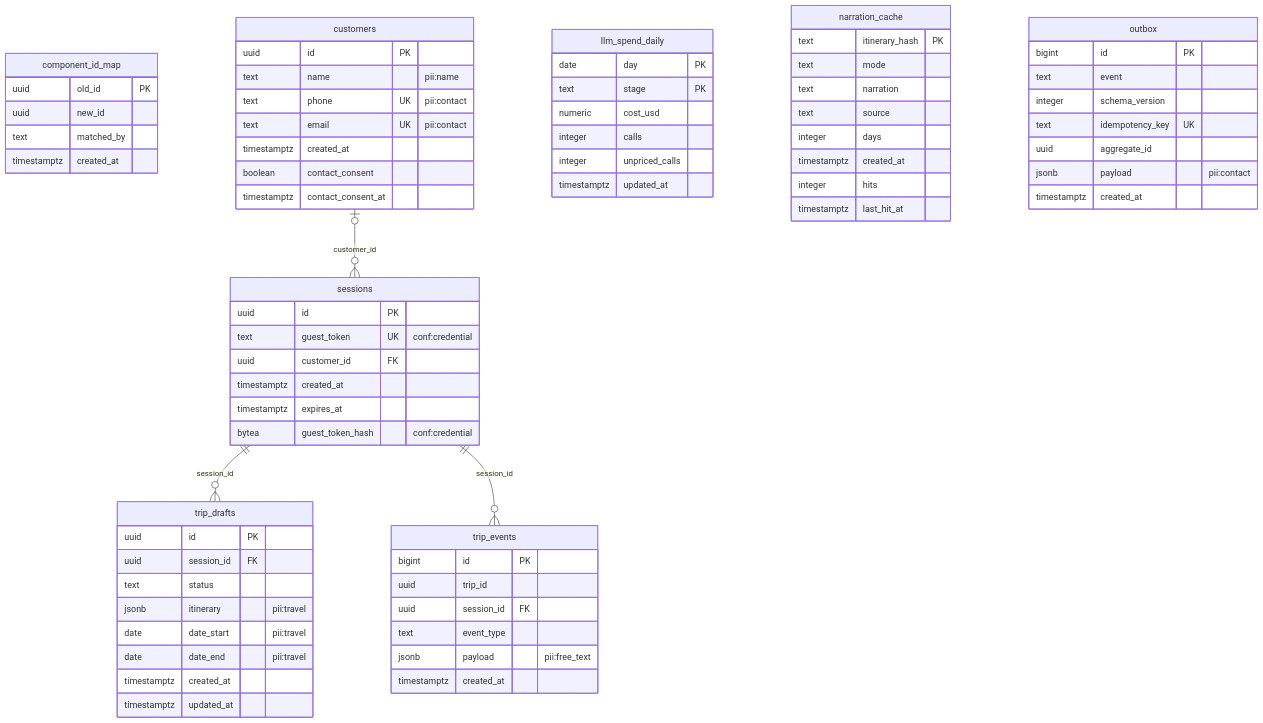
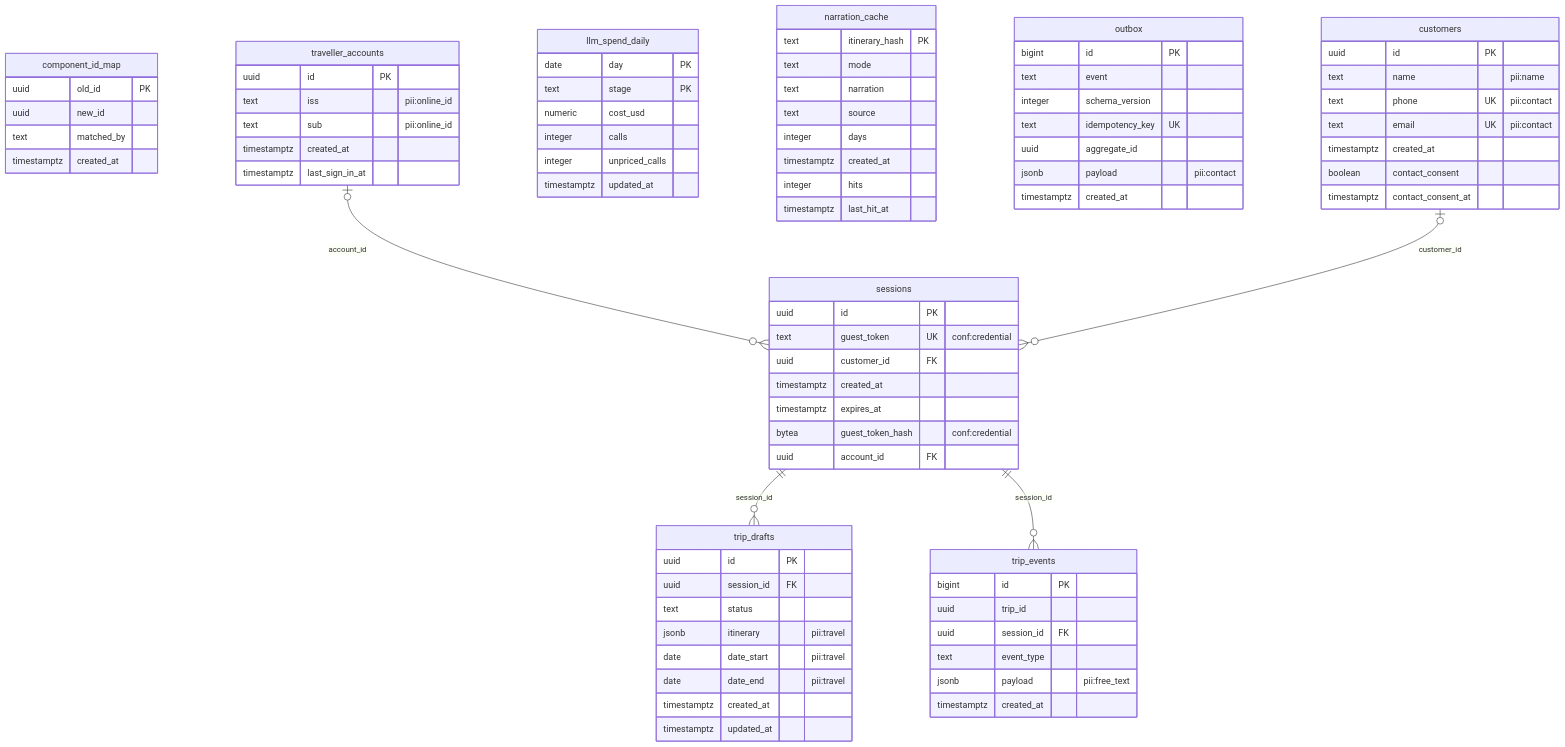
Before and after one commit to AdventureAsia365-Ecosys/AA-Ecosys: the diagram in docs/architecture/erd/tripplanner.md, drawn with Mermaid. The commit also changed other lines of this file and 12 other files, not shown here.

First line of the commit message:
docs: regenerate db-schema-reference.md and ERD (live dump) (#242)

```diff
--- a/docs/architecture/erd/tripplanner.md
+++ b/docs/architecture/erd/tripplanner.md
@@ -73,6 +73,14 @@
         timestamptz created_at
         timestamptz expires_at
         bytea guest_token_hash "conf:credential"
+        uuid account_id FK
+    }
+    traveller_accounts {
+        uuid id PK
+        text iss "pii:online_id"
+        text sub "pii:online_id"
+        timestamptz created_at
+        timestamptz last_sign_in_at
     }
     trip_drafts {
         uuid id PK
@@ -92,6 +100,7 @@
         jsonb payload "pii:free_text"
         timestamptz created_at
     }
+    traveller_accounts |o--o{ sessions : "account_id"
     customers |o--o{ sessions : "customer_id"
     sessions ||--o{ trip_drafts : "session_id"
     sessions ||--o{ trip_events : "session_id"
```
